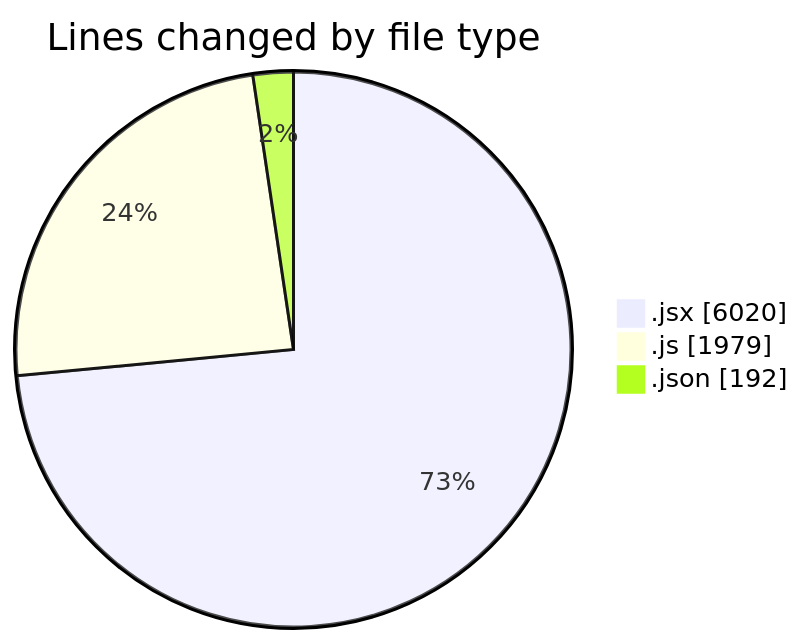
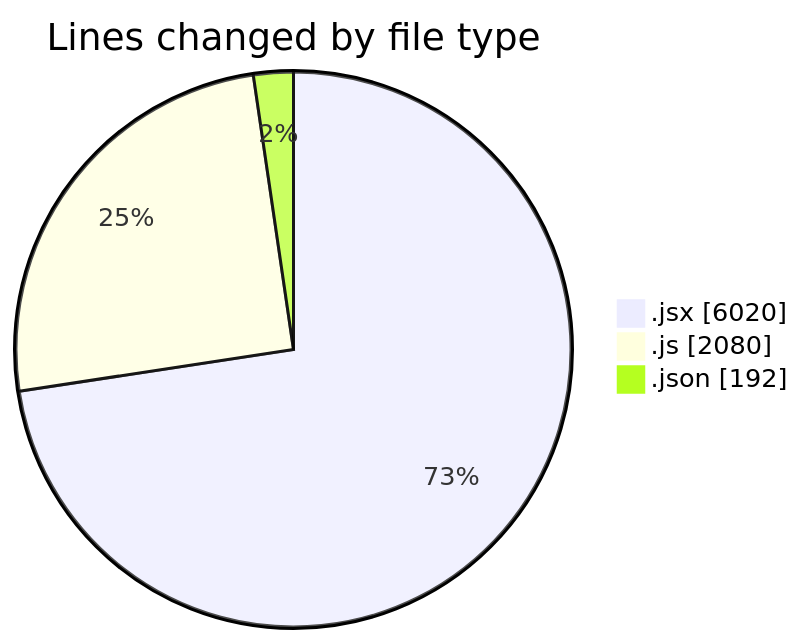
One commit to nxtqubesakshisongat/code-tracking changed the first of 2 diagrams in 2025-08-06/nxtqube_webapp/README.md. Above: the diagram before and after it, drawn with Mermaid. The commit also changed other lines of this file and 1 other file, not shown here.

````diff
--- a/2025-08-06/nxtqube_webapp/README.md
+++ b/2025-08-06/nxtqube_webapp/README.md
@@ -31,7 +31,7 @@
 ```mermaid
 pie showData
 title Lines changed by file type
 ".jsx" : 6020
-".js" : 1979
+".js" : 2080
 ".json" : 192
 ```
````
